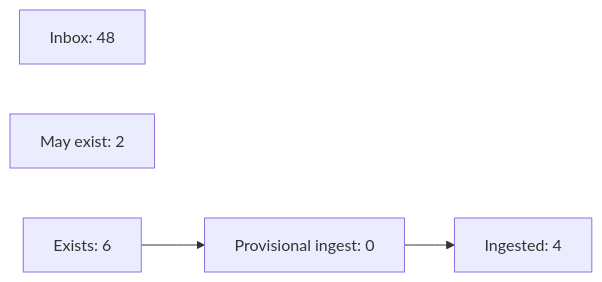
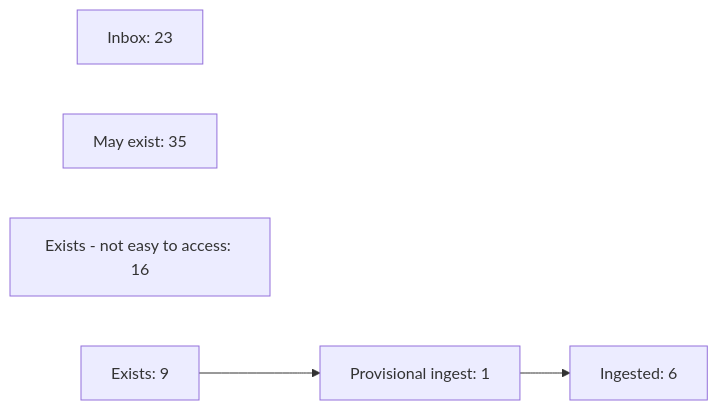
Before and after one commit to OpenPKCommons/OPKC: the diagram in README.md, drawn with Mermaid. The commit also changed 2 other files, not shown here.

Commit message:
updated lit_list and READMEs, started adding pathogens as tags

````diff
--- a/README.md
+++ b/README.md
@@ -52,9 +52,10 @@
 ```mermaid
 graph LR
-	inbox[Inbox: 48]
-	mayexist[May exist: 2]
-	exists[Exists: 6]
-	provingest[Provisional ingest: 0]
-	ingested[Ingested: 4]
+	inbox[Inbox: 23]
+	mayexist[May exist: 35]
+	denea[Exists - not easy to access: 16]
+	exists[Exists: 9]
+	provingest[Provisional ingest: 1]
+	ingested[Ingested: 6]
 	exists --> provingest --> ingested
 ```
````
